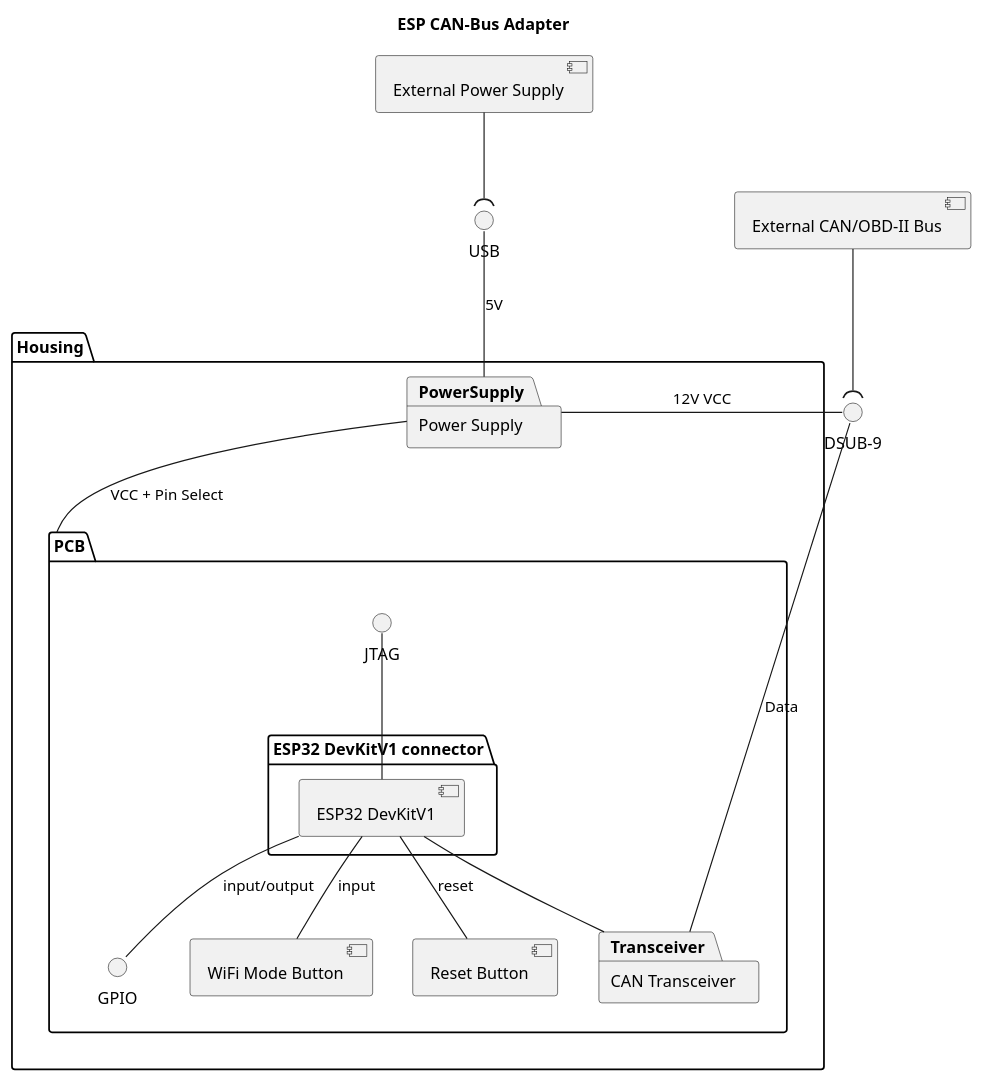
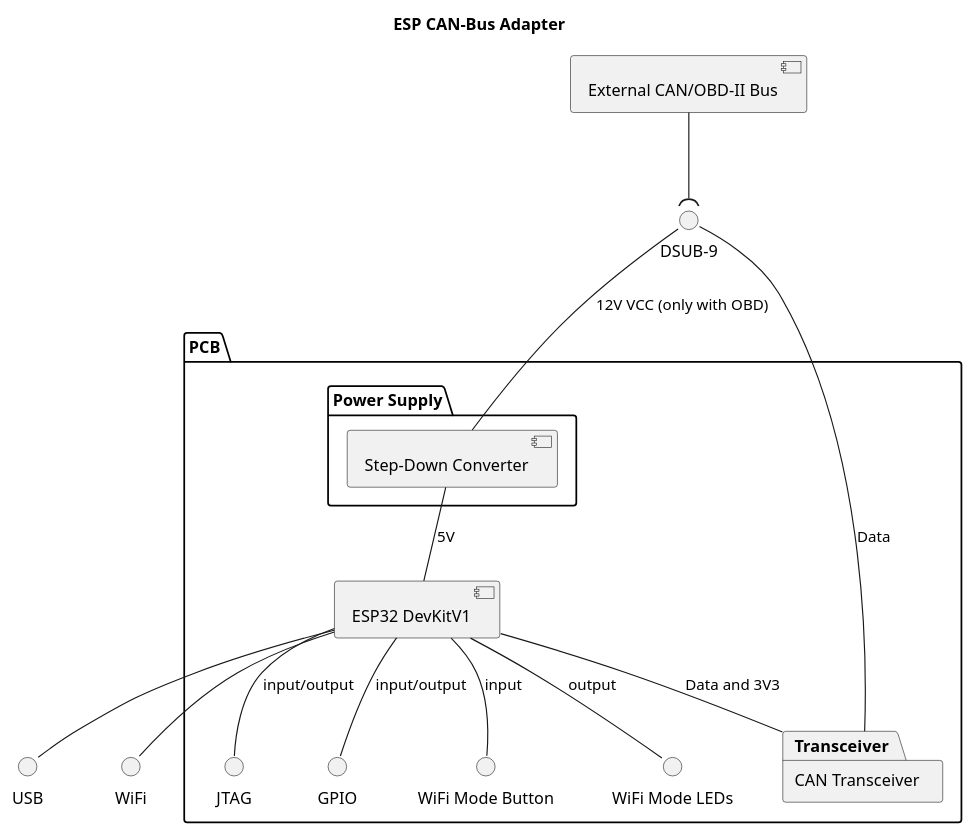
Before and after one commit to NewTec-GmbH/esp32-can-iot: the diagram in Coding/fw/doc/design/Hardware_Overview.plantuml, drawn with PlantUML. The commit also changed 5 other files, not shown here.

Commit message:
Wrote Architecture in Readme and fixed Diagrams

```diff
--- a/Coding/fw/doc/design/Hardware_Overview.plantuml
+++ b/Coding/fw/doc/design/Hardware_Overview.plantuml
@@ -1,56 +1,46 @@
 @startuml
 
 title ESP CAN-Bus Adapter
 
 component "External CAN/OBD-II Bus" as CANBUS
-component "External Power Supply" as ExtPower
 
 interface "DSUB-9" as DSUB
 interface "USB" as usb
+interface "WiFi" as internet
 
-package "Housing" {
+package "PCB" {
 
-    package "Power Supply" as PowerSupply{
+    package "Power Supply"{
+        component "Step-Down Converter" as PowerSupply
+    }
 
-        }
+    package "CAN Transceiver" as Transceiver
 
-    package "PCB" as pcb {
+    component "ESP32 DevKitV1" as esp32
 
-        
 
-        package "CAN Transceiver" as Transceiver{
+    interface "JTAG" as iJtag
 
-        }
+    interface "GPIO" as GPIO
 
-        package "ESP32 DevKitV1 connector" {
+    interface "WiFi Mode Button" as userButton
 
-            component "ESP32 DevKitV1" as esp32
-        }
+    interface "WiFi Mode LEDs" as LEDs
 
-        interface "JTAG" as iJtag
-
-        esp32 -u- iJtag
-
-        interface "GPIO" as GPIO
-
-        component "WiFi Mode Button" as userButton
-        component "Reset Button" as resetButton
-    }
 }
 
 CANBUS --( DSUB
-DSUB -right- PowerSupply : 12V VCC
+DSUB -- PowerSupply : 12V VCC (only with OBD)
 DSUB -- Transceiver : Data
 
-ExtPower --( usb
-usb -- PowerSupply : 5V
+PowerSupply -- esp32 : 5V
 
-
-PowerSupply -- pcb : VCC + Pin Select
-
-esp32 -- Transceiver
+esp32 -- iJtag : input/output
+esp32 -- Transceiver : Data and 3V3
 esp32 -- userButton: input
-esp32 -- resetButton: reset
 esp32 -- GPIO : input/output
+esp32 -- LEDs : output
+esp32 -- usb
+esp32 -- internet
 
 @enduml
```
